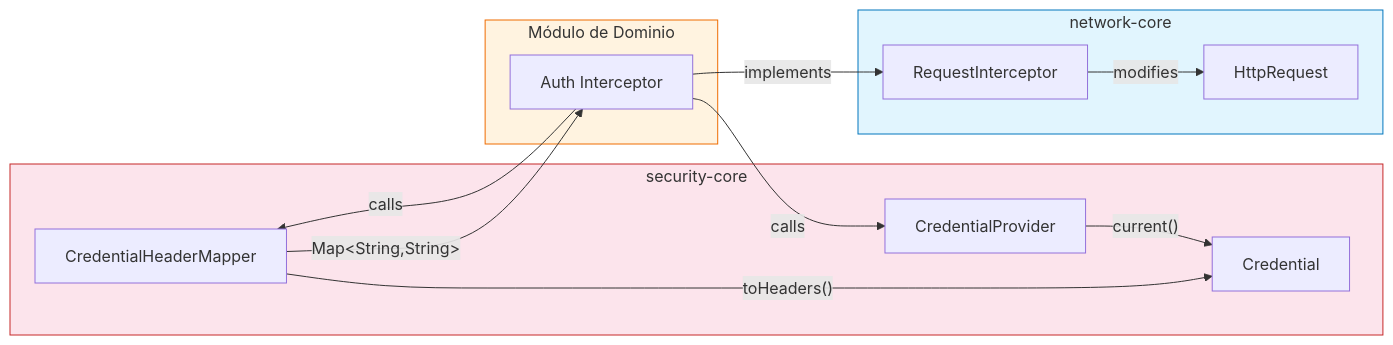
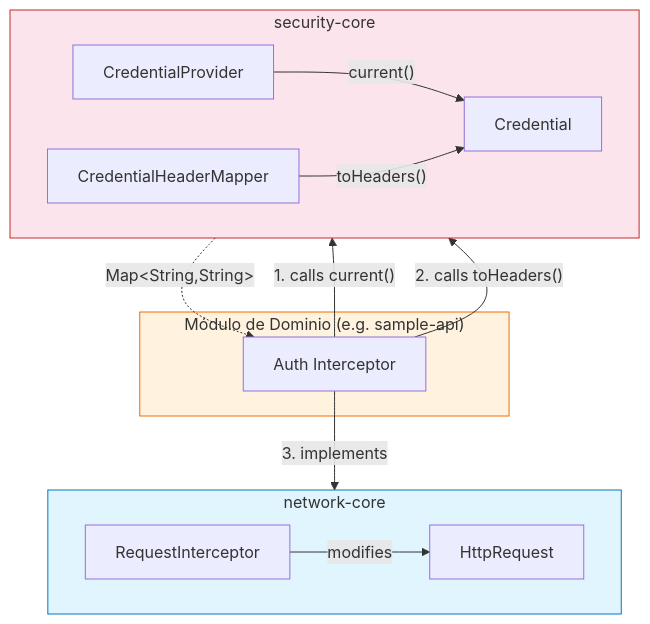
One commit to DanCrRdz93/core-data-platform changed the fourth of 4 diagrams in docs/diagrams/05-contract-relationships.md. Above: the diagram before and after it, drawn with Mermaid. The commit also changed other lines of this file and 8 other files, not shown here.

Commit message:
update diagrams

````diff
--- a/docs/diagrams/05-contract-relationships.md
+++ b/docs/diagrams/05-contract-relationships.md
@@ -285,29 +327,31 @@
 ```mermaid
-graph LR
+graph TD
     subgraph security-core["security-core"]
+        direction LR
         CP["CredentialProvider"]
         CHM["CredentialHeaderMapper"]
         CR["Credential"]
         CP -->|"current()"| CR
         CHM -->|"toHeaders()"| CR
     end
 
+    subgraph consumer["Módulo de Dominio (e.g. sample-api)"]
+        AI["Auth Interceptor"]
+    end
+
     subgraph network-core["network-core"]
+        direction LR
         RI["RequestInterceptor"]
         HR["HttpRequest"]
         RI -->|"modifies"| HR
     end
 
-    subgraph consumer["Módulo de Dominio"]
-        AI["Auth Interceptor"]
-        AI -->|"calls"| CP
-        AI -->|"calls"| CHM
-        AI -->|"implements"| RI
-    end
-
-    CHM -->|"Map&lt;String,String&gt;"| AI
+    AI -->|"1. calls current()"| CP
+    AI -->|"2. calls toHeaders()"| CHM
+    CHM -.->|"Map&lt;String,String&gt;"| AI
+    AI -->|"3. implements"| RI
 
     style security-core fill:#fce4ec,stroke:#c62828
     style network-core fill:#e1f5fe,stroke:#0277bd
     style consumer fill:#fff3e0,stroke:#ef6c00
 ```
````
